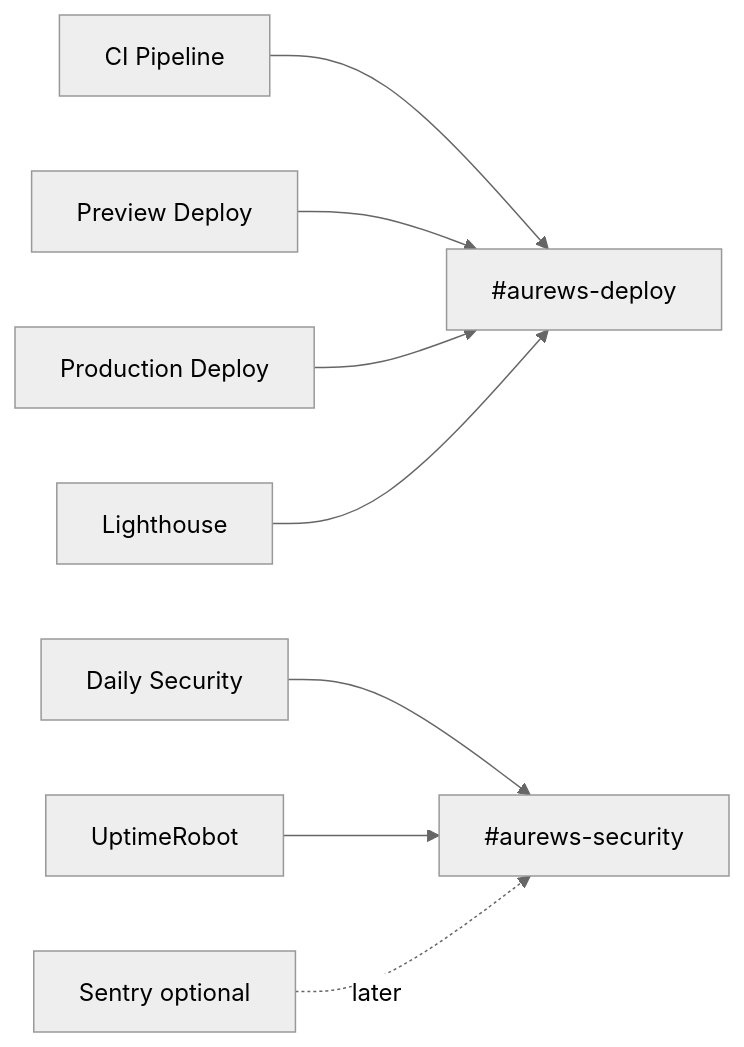
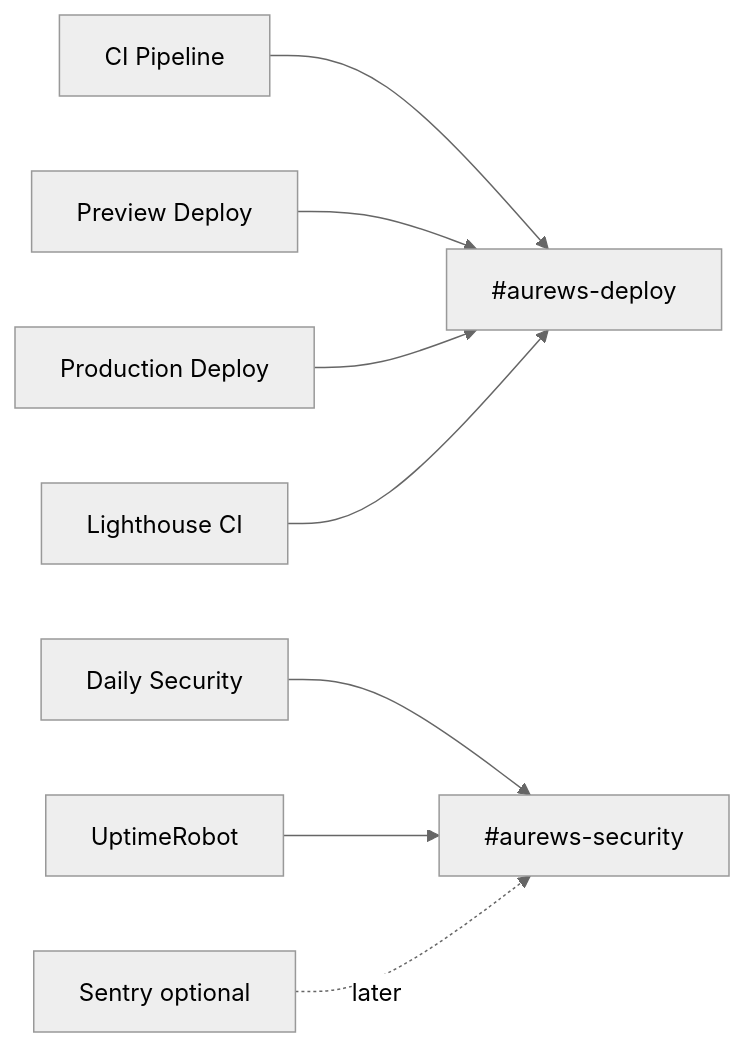
One commit to 23520904/aurews-seo changed the seventh of 7 diagrams in README.md. Above: the diagram before and after it, drawn with Mermaid (neutral theme). The commit also changed other lines of this file, not shown here.

````diff
--- a/README.md
+++ b/README.md
@@ -218,11 +296,11 @@
 ```mermaid
 flowchart LR
-  CI[CI Pipeline] --> DEPLOY[#aurews-deploy]
-  PREVIEW[Preview Deploy] --> DEPLOY
-  PROD[Production Deploy] --> DEPLOY
-  LH[Lighthouse] --> DEPLOY
+    CI[CI Pipeline] --> Deploy[#aurews-deploy]
+    Preview[Preview Deploy] --> Deploy
+    Prod[Production Deploy] --> Deploy
+    LH[Lighthouse CI] --> Deploy
 
-  DAILY[Daily Security] --> SECURITY[#aurews-security]
-  UPTIME[UptimeRobot] --> SECURITY
-  SENTRY[Sentry optional] -. later .-> SECURITY
+    Daily[Daily Security] --> Security[#aurews-security]
+    Uptime[UptimeRobot] --> Security
+    Sentry[Sentry optional] -. later .-> Security
 ```
````
